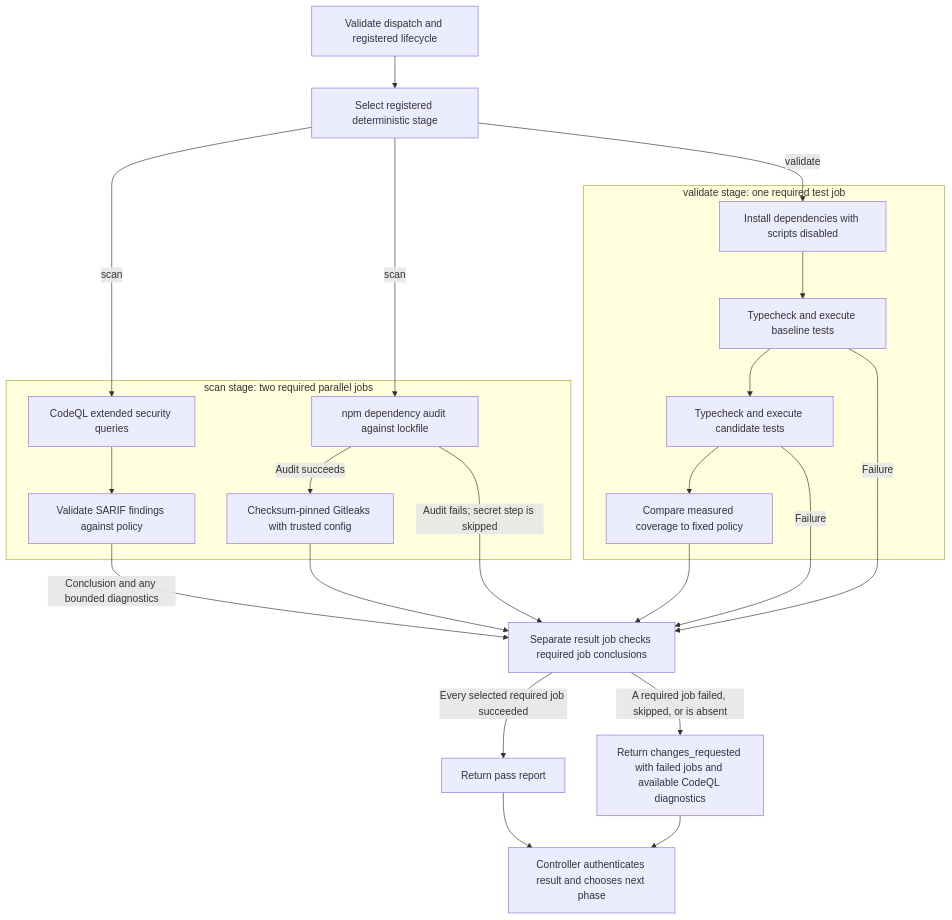
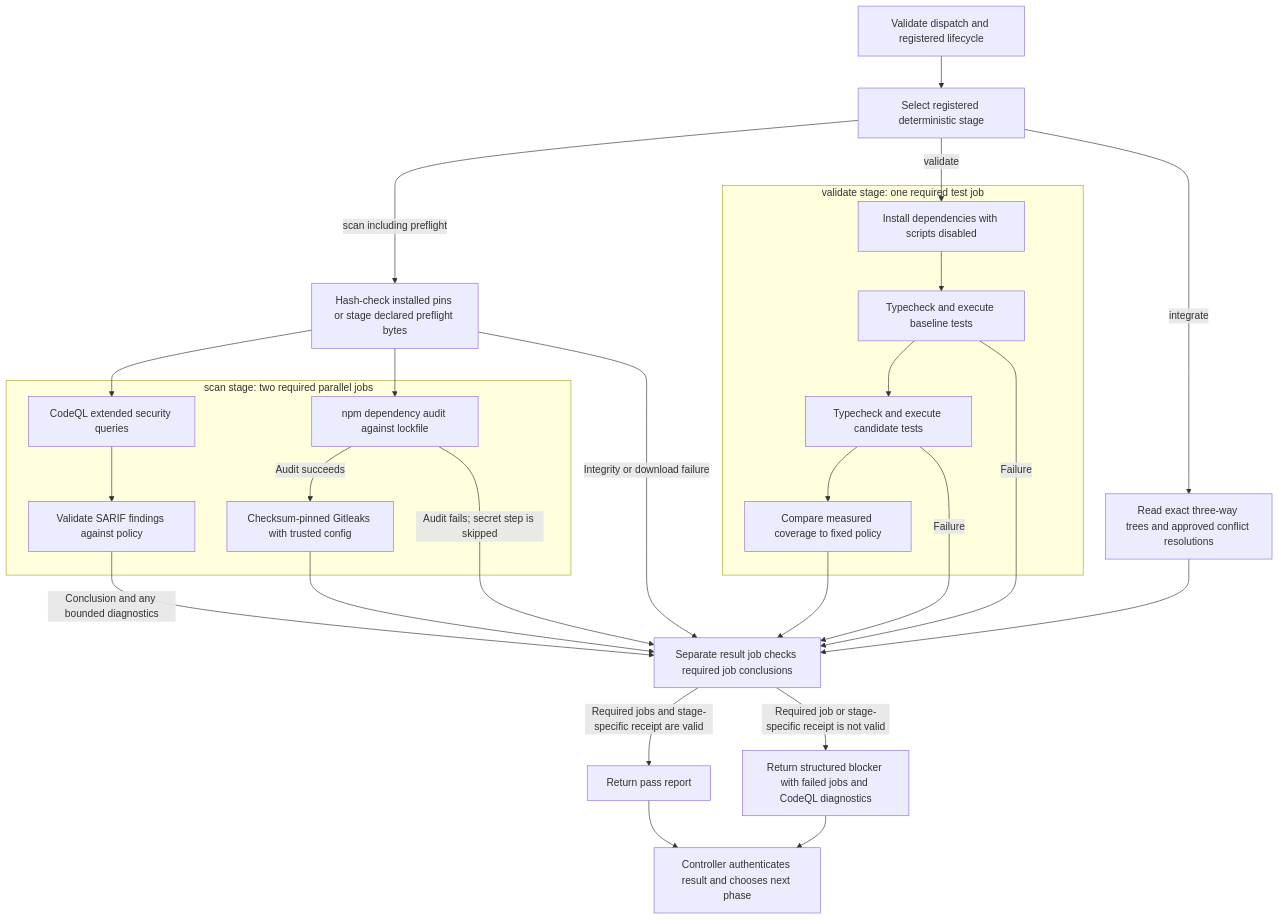
One commit to dav1dc-github-cs-org/agentic-sdlc-prototype changed the fifth of 7 diagrams in docs/architecture.md. Above: the diagram before and after it, drawn with Mermaid. The commit also changed other lines of this file and 29 other files, not shown here.

````diff
--- a/docs/architecture.md
+++ b/docs/architecture.md
@@ -458,36 +546,41 @@
 ```mermaid
 flowchart TD
     GatePrepare["Validate dispatch and registered lifecycle"]
     GateStage["Select registered deterministic stage"]
+    GateDependencies["Hash-check installed pins or stage declared preflight bytes"]
     subgraph GateScan["scan stage: two required parallel jobs"]
         GateCodeQL["CodeQL extended security queries"]
         GateSarif["Validate SARIF findings against policy"]
         GateAudit["npm dependency audit against lockfile"]
         GateSecrets["Checksum-pinned Gitleaks with trusted config"]
     end
     subgraph GateTests["validate stage: one required test job"]
         GateInstall["Install dependencies with scripts disabled"]
         GateBaseline["Typecheck and execute baseline tests"]
         GateCandidate["Typecheck and execute candidate tests"]
         GateCoverage["Compare measured coverage to fixed policy"]
     end
     GateResult["Separate result job checks required job conclusions"]
+    GateIntegration["Read exact three-way trees and approved conflict resolutions"]
     GatePass["Return pass report"]
-    GateFail["Return changes_requested with failed jobs and available CodeQL diagnostics"]
+    GateFail["Return structured blocker with failed jobs and CodeQL diagnostics"]
     GateController["Controller authenticates result and chooses next phase"]
 
     GatePrepare --> GateStage
-    GateStage -->|"scan"| GateCodeQL --> GateSarif
-    GateStage -->|"scan"| GateAudit -->|"Audit succeeds"| GateSecrets
+    GateStage -->|"scan including preflight"| GateDependencies
+    GateDependencies --> GateCodeQL --> GateSarif
+    GateDependencies --> GateAudit -->|"Audit succeeds"| GateSecrets
+    GateDependencies -->|"Integrity or download failure"| GateResult
     GateSarif -->|"Conclusion and any bounded diagnostics"| GateResult
     GateSecrets --> GateResult
     GateAudit -->|"Audit fails; secret step is skipped"| GateResult
     GateStage -->|"validate"| GateInstall --> GateBaseline
     GateBaseline --> GateCandidate --> GateCoverage --> GateResult
     GateBaseline -->|"Failure"| GateResult
     GateCandidate -->|"Failure"| GateResult
-    GateResult -->|"Every selected required job succeeded"| GatePass
-    GateResult -->|"A required job failed, skipped, or is absent"| GateFail
+    GateStage -->|"integrate"| GateIntegration --> GateResult
+    GateResult -->|"Required jobs and stage-specific receipt are valid"| GatePass
+    GateResult -->|"Required job or stage-specific receipt is not valid"| GateFail
     GatePass --> GateController
     GateFail --> GateController
 ```
````
